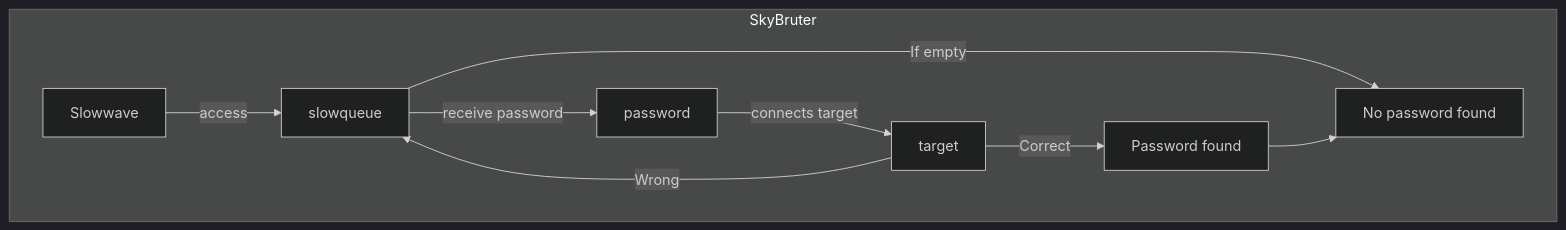
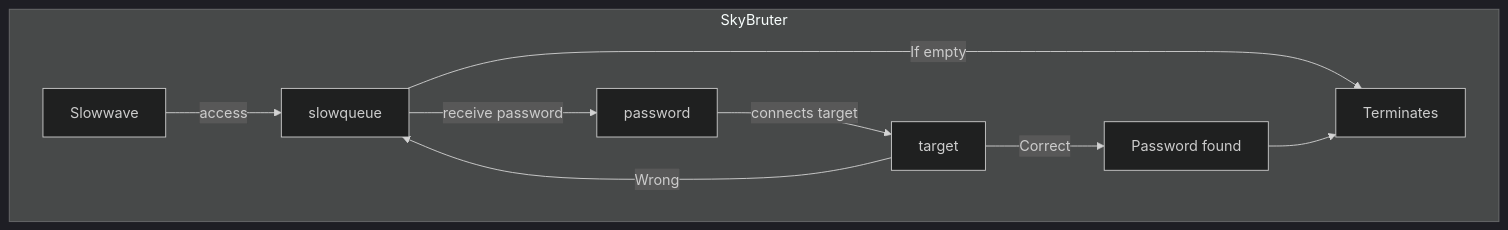
The third of 3 diagrams in README.md (polymaster3313/SkyIsYours), drawn with Mermaid (dark theme) before and after one commit.

````diff
--- a/README.md
+++ b/README.md
@@ -60,12 +60,12 @@
 ```mermaid
 graph TD
     subgraph SkyBruter
         A[Slowwave] -->|access| B[slowqueue]
-        B -->|If empty| O[No password found]
+        B -->|If empty| O[Terminates]
         B -->|receive password| C[password]
         C -->|connects target| D[target]
         D -->|Correct| E[Password found]
         E --> O
         D -->|Wrong| B
     end
 ```
````
